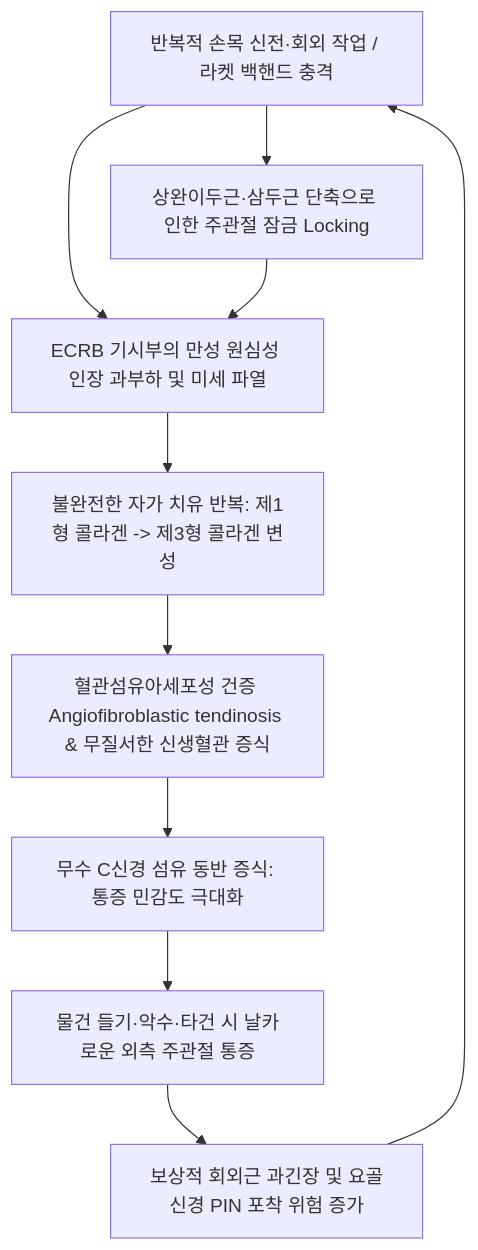
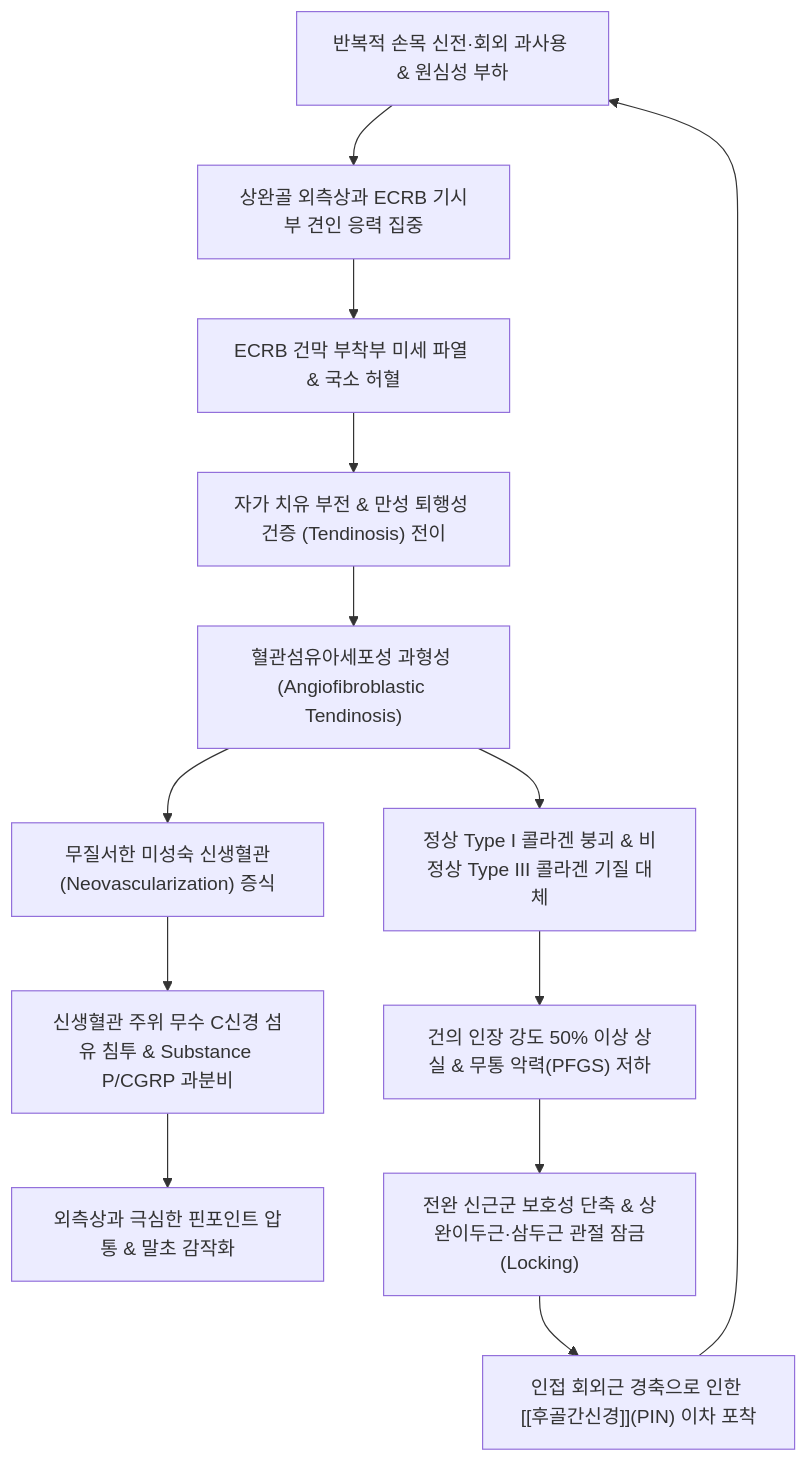
The diagram in content/3. 이론 공부/질환/근골격계 질환/상지/외측상과염.md (simbio11/simbio-digital-garden2), drawn with Mermaid before and after one commit. The commit also changed other lines of this file and 350 other files, not shown here.

````diff
--- a/content/3. 이론 공부/질환/근골격계 질환/상지/외측상과염.md
+++ b/content/3. 이론 공부/질환/근골격계 질환/상지/외측상과염.md
@@ -52,12 +156,15 @@
 ```mermaid
 graph TD
-    A[반복적 손목 신전·회외 작업 / 라켓 백핸드 충격] --> B[ECRB 기시부의 만성 원심성 인장 과부하 및 미세 파열]
-    B --> C[불완전한 자가 치유 반복: 제1형 콜라겐 -> 제3형 콜라겐 변성]
-    C --> D[혈관섬유아세포성 건증 Angiofibroblastic tendinosis & 무질서한 신생혈관 증식]
-    D --> E[무수 C신경 섬유 동반 증식: 통증 민감도 극대화]
-    A --> F[상완이두근·삼두근 단축으로 인한 주관절 잠금 Locking]
-    F --> B
-    E --> G[물건 들기·악수·타건 시 날카로운 외측 주관절 통증]
-    G --> H[보상적 회외근 과긴장 및 요골신경 PIN 포착 위험 증가]
-    H --> A
+    RepStress["반복적 손목 신전·회외 과사용 & 원심성 부하"] --> ECRBTension["상완골 외측상과 ECRB 기시부 견인 응력 집중"]
+    ECRBTension --> Microtears["ECRB 건막 부착부 미세 파열 & 국소 허혈"]
+    Microtears --> FailedHealing["자가 치유 부전 & 만성 퇴행성 건증 (Tendinosis) 전이"]
+    FailedHealing --> NirschlChange["혈관섬유아세포성 과형성 (Angiofibroblastic Tendinosis)"]
+    NirschlChange --> MatrixBreakdown["정상 Type I 콜라겐 붕괴 & 비정상 Type III 콜라겐 기질 대체"]
+    NirschlChange --> Neovasc["무질서한 미성숙 신생혈관(Neovascularization) 증식"]
+    Neovasc --> NerveIngrowth["신생혈관 주위 무수 C신경 섬유 침투 & Substance P/CGRP 과분비"]
+    NerveIngrowth --> PeripheralSens["외측상과 극심한 핀포인트 압통 & 말초 감작화"]
+    MatrixBreakdown --> TensileLoss["건의 인장 강도 50% 이상 상실 & 무통 악력(PFGS) 저하"]
+    TensileLoss --> CompMuscle["전완 신근군 보호성 단축 & 상완이두근·삼두근 관절 잠금(Locking)"]
+    CompMuscle --> PinCompression["인접 회외근 경축으로 인한 [[후골간신경]](PIN) 이차 포착"]
+    PinCompression --> RepStress
 ```
````
